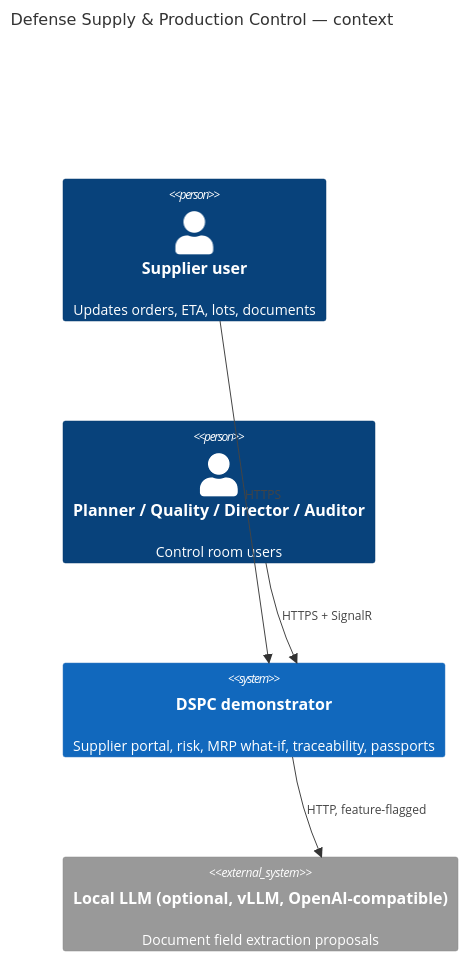
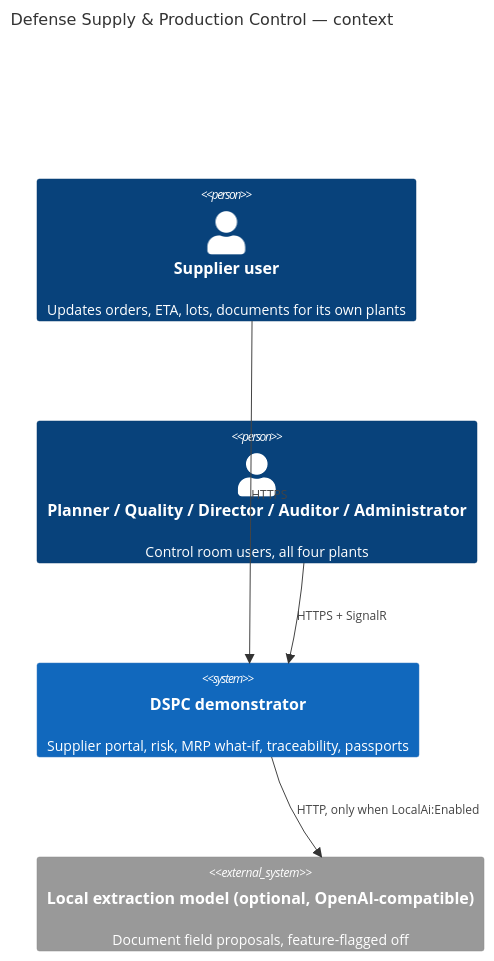
Before and after one commit to dkoryto/poc2_targi: the first of 2 diagrams in docs/architecture/overview.md, drawn with Mermaid. The commit also changed other lines of this file and 62 other files, not shown here.

````diff
--- a/docs/architecture/overview.md
+++ b/docs/architecture/overview.md
@@ -3,11 +3,11 @@
 ```mermaid
 C4Context
   title Defense Supply & Production Control — context
-  Person(sup, "Supplier user", "Updates orders, ETA, lots, documents")
-  Person(ops, "Planner / Quality / Director / Auditor", "Control room users")
+  Person(sup, "Supplier user", "Updates orders, ETA, lots, documents for its own plants")
+  Person(ops, "Planner / Quality / Director / Auditor / Administrator", "Control room users, all four plants")
   System(dspc, "DSPC demonstrator", "Supplier portal, risk, MRP what-if, traceability, passports")
-  System_Ext(ai, "Local LLM (optional, vLLM, OpenAI-compatible)", "Document field extraction proposals")
+  System_Ext(model, "Local extraction model (optional, OpenAI-compatible)", "Document field proposals, feature-flagged off")
   Rel(sup, dspc, "HTTPS")
   Rel(ops, dspc, "HTTPS + SignalR")
-  Rel(dspc, ai, "HTTP, feature-flagged")
+  Rel(dspc, model, "HTTP, only when LocalAi:Enabled")
 ```
````
